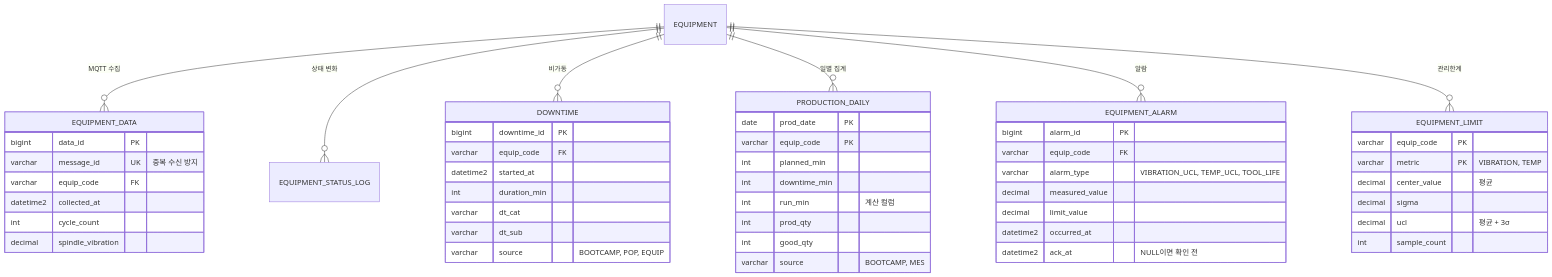
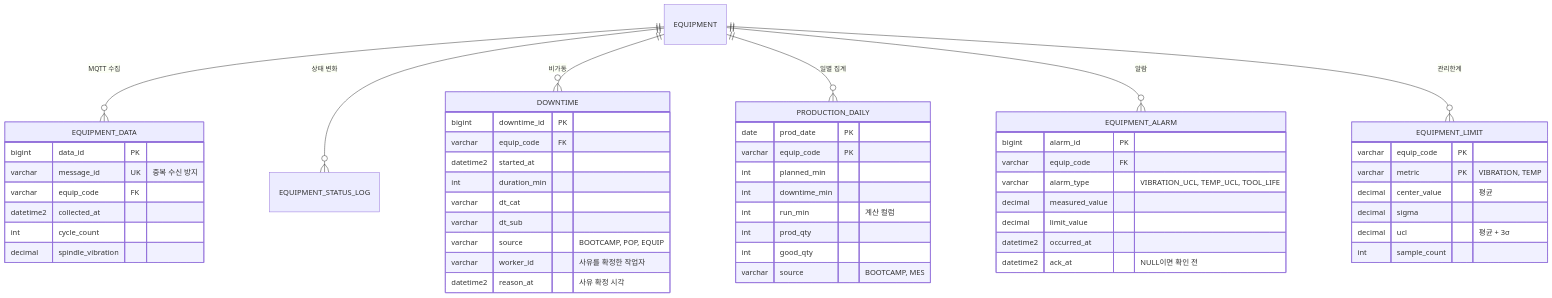
The third of 3 diagrams in docs/erd.md (Minhong0/mes), drawn with Mermaid before and after one commit. The commit also changed 42 other files, not shown here.

````diff
--- a/docs/erd.md
+++ b/docs/erd.md
@@ -110,54 +110,56 @@
 ```mermaid
 erDiagram
     EQUIPMENT ||--o{ EQUIPMENT_DATA : "MQTT 수집"
     EQUIPMENT ||--o{ EQUIPMENT_STATUS_LOG : "상태 변화"
     EQUIPMENT ||--o{ DOWNTIME : "비가동"
     EQUIPMENT ||--o{ PRODUCTION_DAILY : "일별 집계"
     EQUIPMENT ||--o{ EQUIPMENT_ALARM : "알람"
     EQUIPMENT ||--o{ EQUIPMENT_LIMIT : "관리한계"
 
     EQUIPMENT_DATA {
         bigint data_id PK
         varchar message_id UK "중복 수신 방지"
         varchar equip_code FK
         datetime2 collected_at
         int cycle_count
         decimal spindle_vibration
     }
     DOWNTIME {
         bigint downtime_id PK
         varchar equip_code FK
         datetime2 started_at
         int duration_min
         varchar dt_cat
         varchar dt_sub
         varchar source "BOOTCAMP, POP, EQUIP"
+        varchar worker_id "사유를 확정한 작업자"
+        datetime2 reason_at "사유 확정 시각"
     }
     PRODUCTION_DAILY {
         date prod_date PK
         varchar equip_code PK
         int planned_min
         int downtime_min
         int run_min "계산 컬럼"
         int prod_qty
         int good_qty
         varchar source "BOOTCAMP, MES"
     }
     EQUIPMENT_LIMIT {
         varchar equip_code PK
         varchar metric PK "VIBRATION, TEMP"
         decimal center_value "평균"
         decimal sigma
         decimal ucl "평균 + 3σ"
         int sample_count
     }
     EQUIPMENT_ALARM {
         bigint alarm_id PK
         varchar equip_code FK
         varchar alarm_type "VIBRATION_UCL, TEMP_UCL, TOOL_LIFE"
         decimal measured_value
         decimal limit_value
         datetime2 occurred_at
         datetime2 ack_at "NULL이면 확인 전"
     }
 ```
````
